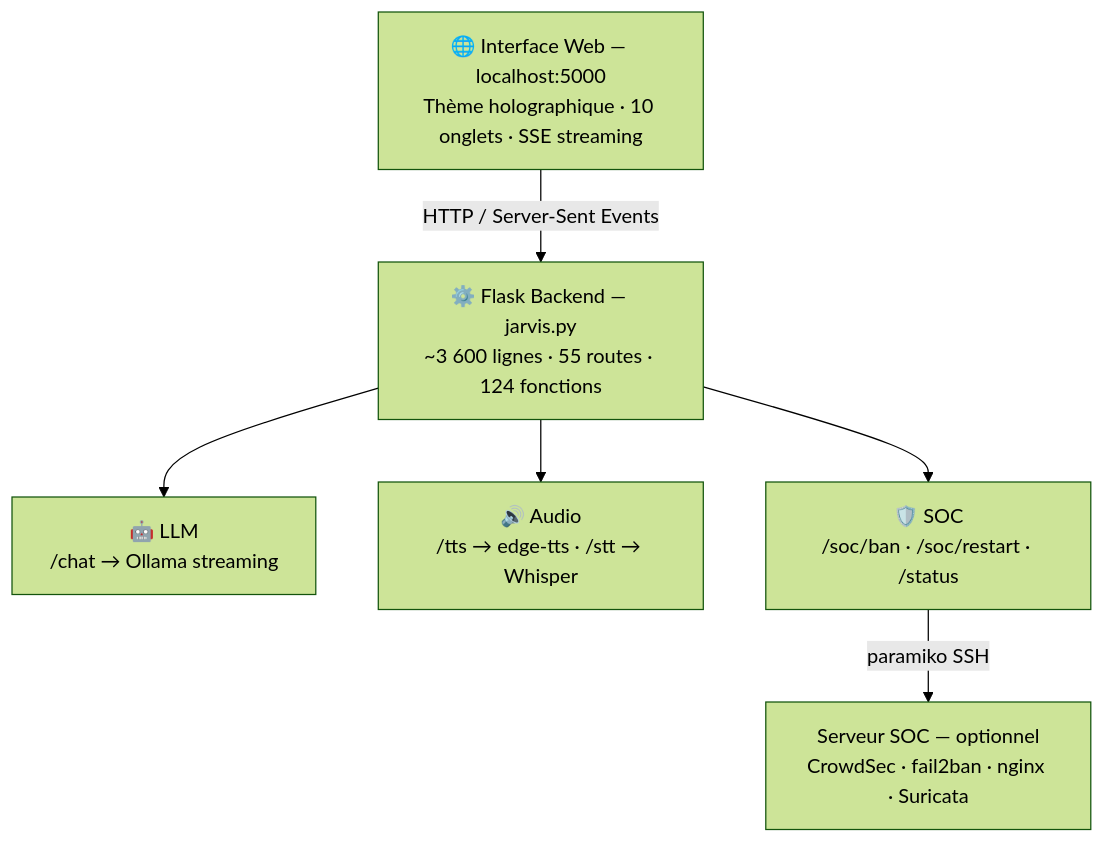
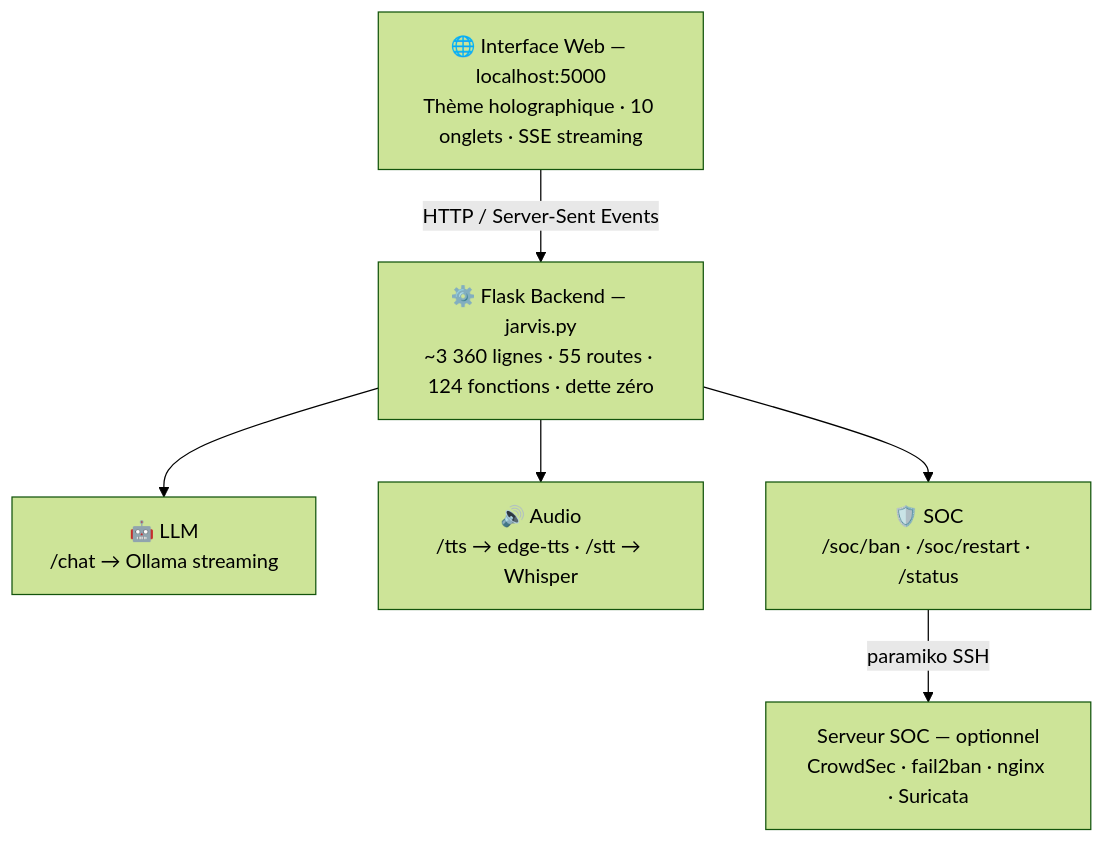
One commit to 0xCyberLiTech/JARVIS changed the diagram in README.md. Above: the diagram before and after it, drawn with Mermaid (forest theme). The commit also changed other lines of this file, not shown here.

````diff
--- a/README.md
+++ b/README.md
@@ -127,15 +130,15 @@
 ```mermaid
 flowchart TD
     A["🌐 Interface Web — localhost:5000\nThème holographique · 10 onglets · SSE streaming"]
-    B["⚙️ Flask Backend — jarvis.py\n~3 600 lignes · 55 routes · 124 fonctions"]
+    B["⚙️ Flask Backend — jarvis.py\n~3 360 lignes · 55 routes · 124 fonctions · dette zéro"]
     C["🤖 LLM\n/chat → Ollama streaming"]
     D["🔊 Audio\n/tts → edge-tts · /stt → Whisper"]
     E["🛡️ SOC\n/soc/ban · /soc/restart · /status"]
     F["Serveur SOC — optionnel\nCrowdSec · fail2ban · nginx · Suricata"]
 
     A -->|HTTP / Server-Sent Events| B
     B --> C
     B --> D
     B --> E
     E -->|paramiko SSH| F
 ```
````
